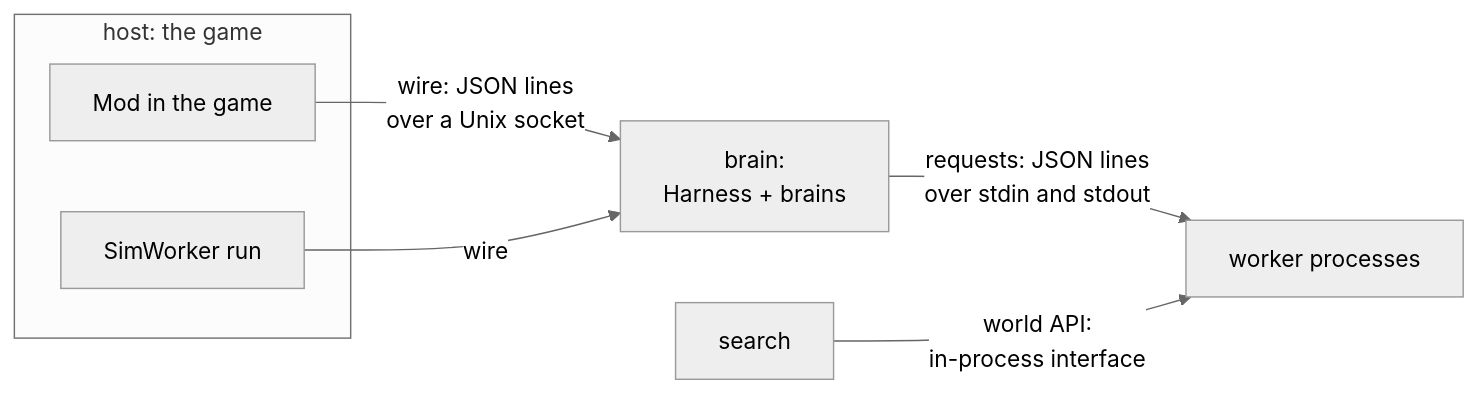
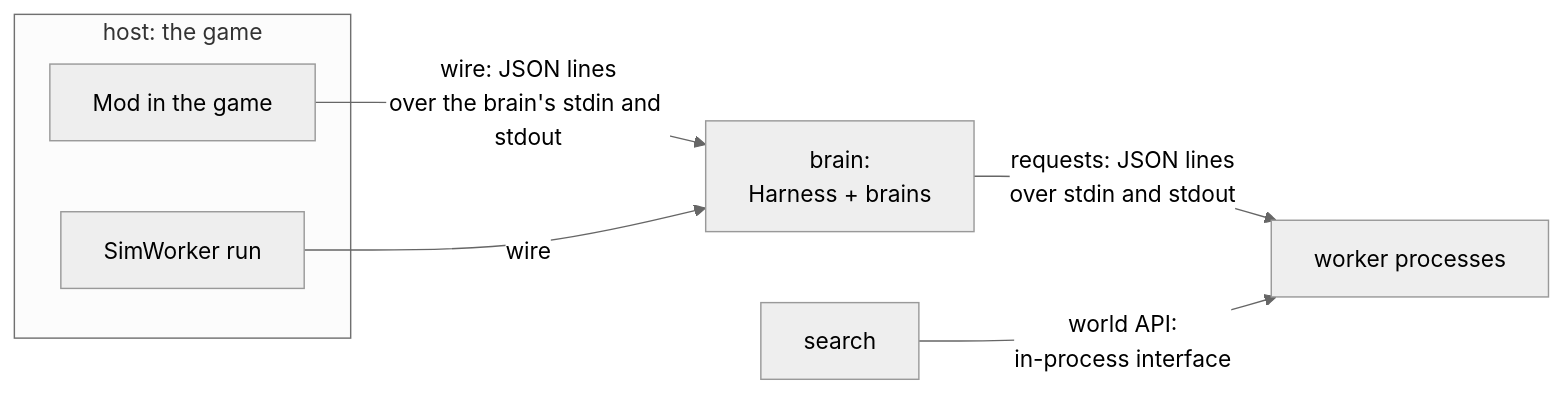
Before and after one commit to shinnku-nikaidou/spire-zero: the diagram in docs/src/content/docs/en/arch/protocol/index.mdx, drawn with Mermaid (neutral theme). The commit also changed other lines of this file and 164 other files, not shown here.

````diff
--- a/docs/src/content/docs/en/arch/protocol/index.mdx
+++ b/docs/src/content/docs/en/arch/protocol/index.mdx
@@ -25,14 +25,14 @@
 ```mermaid
 flowchart LR
   subgraph host["host: the game"]
     M["Mod in the game"]
     S["SimWorker run"]
   end
   B["brain:<br/>Harness + brains"]
   W["worker processes"]
   X["search"]
-  M -- "wire: JSON lines<br/>over a Unix socket" --> B
+  M -- "wire: JSON lines<br/>over the brain's stdin and stdout" --> B
   S -- "wire" --> B
   B -- "requests: JSON lines<br/>over stdin and stdout" --> W
   X -- "world API:<br/>in-process interface" --> W
 ```
````
